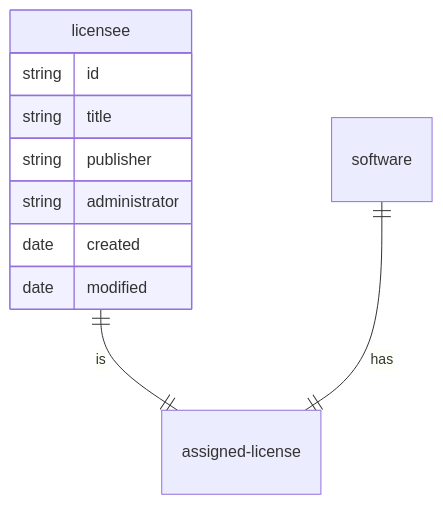
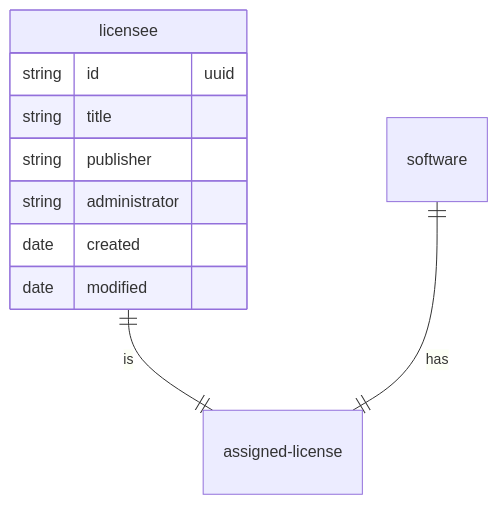
One commit to bcgov/citz-imb-slam-api changed the diagram in technical.md. Above: the diagram before and after it, drawn with Mermaid.

````diff
--- a/technical.md
+++ b/technical.md
@@ -5,14 +5,14 @@
 ```mermaid
 erDiagram
     licensee ||--|| assigned-license: is
     licensee {
-        string id
+        string id "uuid"
         string title
         string publisher
         string administrator
         date created
         date modified
     }
     software ||--|| assigned-license: has
     
 ```
````
